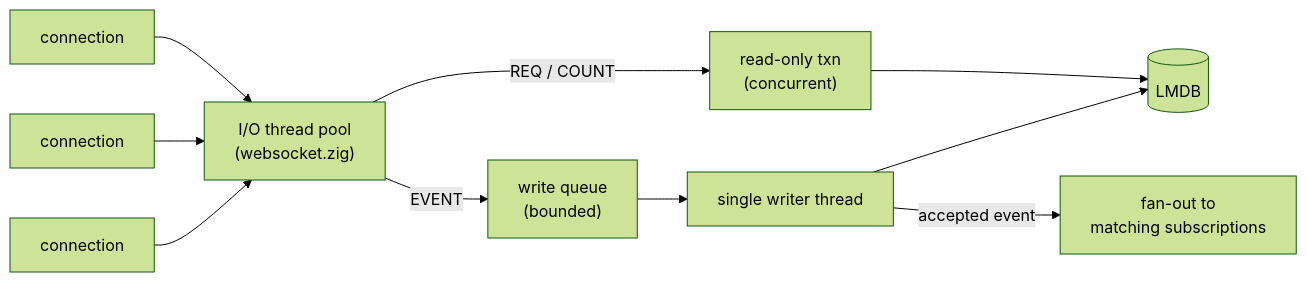
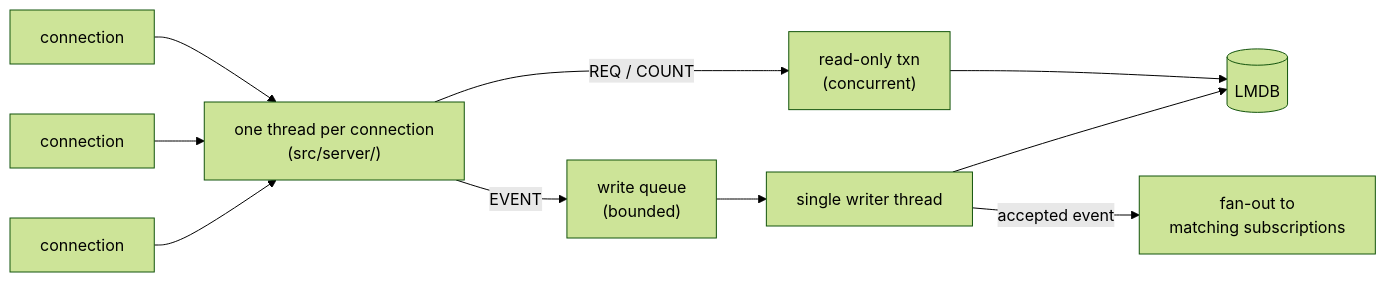
Before and after one commit to KyraLabs/easyrelay: the second of 2 diagrams in docs/architecture.md, drawn with Mermaid (forest theme). The commit also changed other lines of this file and 15 other files, not shown here.

First line of the commit message:
feat(server): serve over the first-party transport and drop websocket.zig

````diff
--- a/docs/architecture.md
+++ b/docs/architecture.md
@@ -136,12 +136,12 @@
 ```mermaid
 flowchart LR
-    C1["connection"] --> IO["I/O thread pool<br/>(websocket.zig)"]
+    C1["connection"] --> IO["one thread per connection<br/>(src/server/)"]
     C2["connection"] --> IO
     C3["connection"] --> IO
     IO -->|"REQ / COUNT"| RO["read-only txn<br/>(concurrent)"]
     IO -->|"EVENT"| Q["write queue<br/>(bounded)"]
     Q --> W["single writer thread"]
     W --> DB[("LMDB")]
     RO --> DB
     W -->|"accepted event"| FO["fan-out to<br/>matching subscriptions"]
 ```
````
